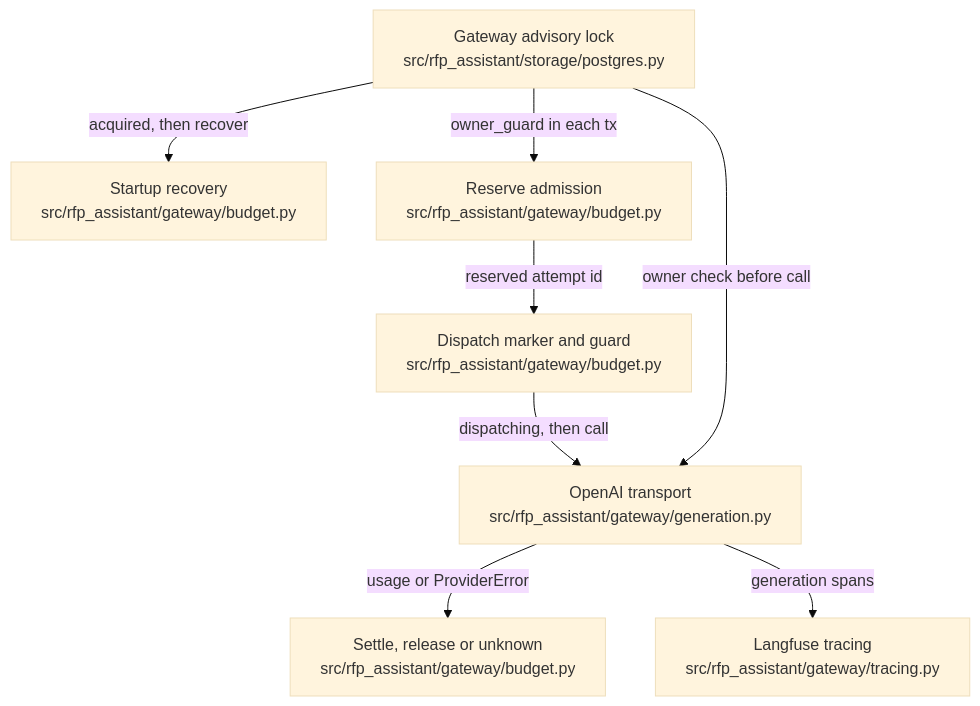
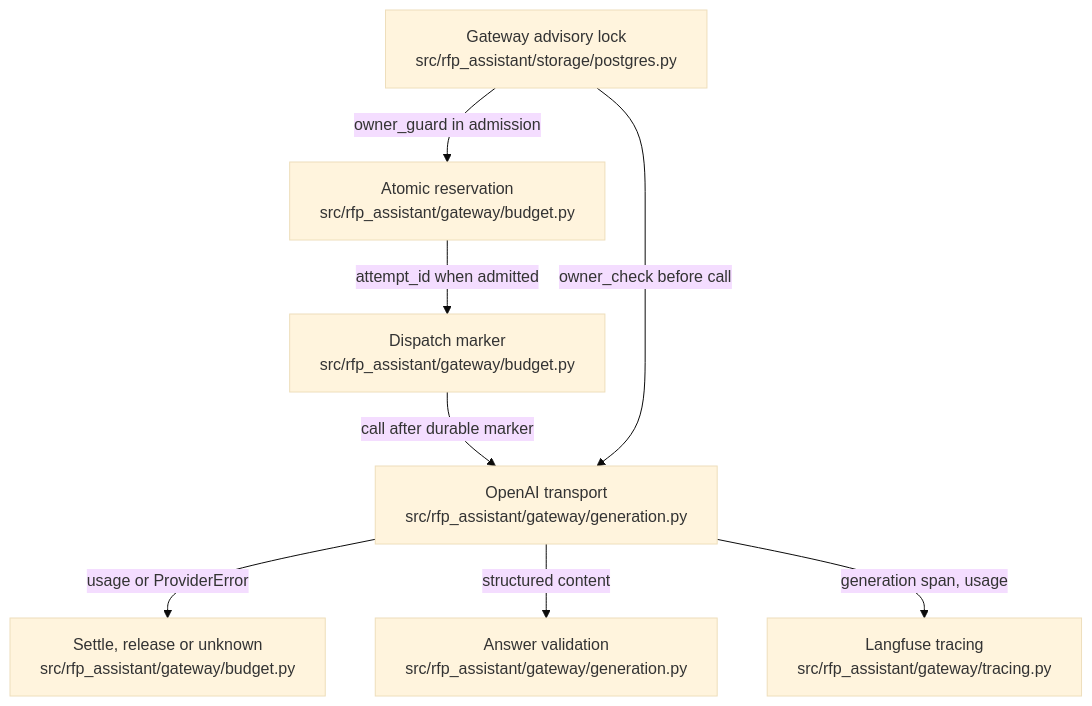
One commit to littleeeeebit/project-codeit-mid changed the diagram in .omm/overall-architecture/paid-gateway/diagram.mmd. Above: the diagram before and after it, drawn with Mermaid (base theme). The commit also changed 413 other files, not shown here.

```diff
--- a/.omm/overall-architecture/paid-gateway/diagram.mmd
+++ b/.omm/overall-architecture/paid-gateway/diagram.mmd
@@ -1,15 +1,15 @@
 graph TD
   gateway-owner["Gateway advisory lock\nsrc/rfp_assistant/storage/postgres.py"]
-  startup-recovery["Startup recovery\nsrc/rfp_assistant/gateway/budget.py"]
-  admission["Reserve admission\nsrc/rfp_assistant/gateway/budget.py"]
-  dispatch-marker["Dispatch marker and guard\nsrc/rfp_assistant/gateway/budget.py"]
-  provider-transport["OpenAI transport\nsrc/rfp_assistant/gateway/generation.py"]
+  reserve["Atomic reservation\nsrc/rfp_assistant/gateway/budget.py"]
+  dispatch-marker["Dispatch marker\nsrc/rfp_assistant/gateway/budget.py"]
+  transport["OpenAI transport\nsrc/rfp_assistant/gateway/generation.py"]
   settlement["Settle, release or unknown\nsrc/rfp_assistant/gateway/budget.py"]
-  trace-export["Langfuse tracing\nsrc/rfp_assistant/gateway/tracing.py"]
-  gateway-owner -->|acquired, then recover| startup-recovery
-  gateway-owner -->|owner_guard in each tx| admission
-  admission -->|reserved attempt id| dispatch-marker
-  dispatch-marker -->|dispatching, then call| provider-transport
-  gateway-owner -->|owner check before call| provider-transport
-  provider-transport -->|usage or ProviderError| settlement
-  provider-transport -->|generation spans| trace-export
+  answer-validation["Answer validation\nsrc/rfp_assistant/gateway/generation.py"]
+  tracing["Langfuse tracing\nsrc/rfp_assistant/gateway/tracing.py"]
+  gateway-owner -->|"owner_guard in admission"| reserve
+  reserve -->|"attempt_id when admitted"| dispatch-marker
+  dispatch-marker -->|"call after durable marker"| transport
+  gateway-owner -->|"owner_check before call"| transport
+  transport -->|"usage or ProviderError"| settlement
+  transport -->|"structured content"| answer-validation
+  transport -->|"generation span, usage"| tracing
```
